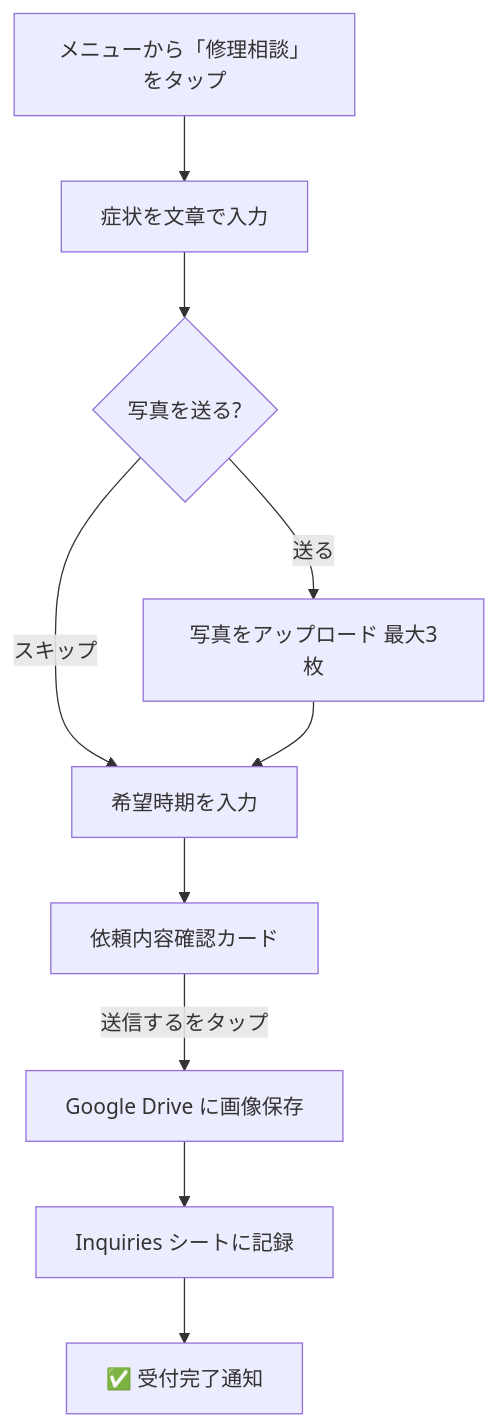
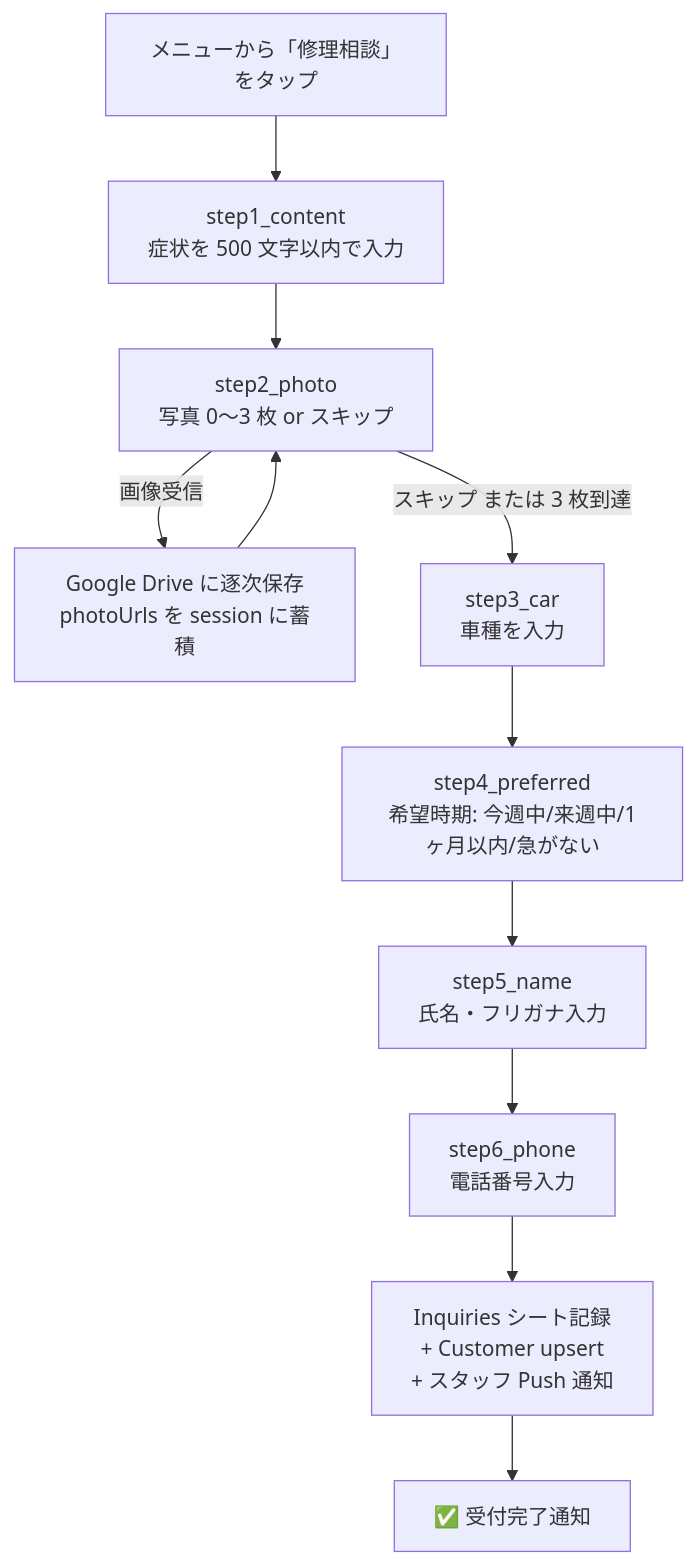
Before and after one commit to tanasato118/gas-line-reservation-bot: the second of 4 diagrams in README.md, drawn with Mermaid. The commit also changed other lines of this file, not shown here.

First line of the commit message:
docs(readme): fix Mermaid flow accuracy and sample conversation prompts to match implementation

````diff
--- a/README.md
+++ b/README.md
@@ -162,12 +159,13 @@
 ```mermaid
 flowchart TD
-    A[メニューから「修理相談」をタップ] --> B[症状を文章で入力]
-    B --> C{写真を送る?}
-    C -->|送る| D[写真をアップロード 最大3枚]
-    C -->|スキップ| E[希望時期を入力]
-    D --> E
-    E --> F[依頼内容確認カード]
-    F -->|送信するをタップ| G[Google Drive に画像保存]
-    G --> H[Inquiries シートに記録]
-    H --> I[✅ 受付完了通知]
+    A[メニューから「修理相談」をタップ] --> B[step1_content<br/>症状を 500 文字以内で入力]
+    B --> C[step2_photo<br/>写真 0〜3 枚 or スキップ]
+    C -->|画像受信| D[Google Drive に逐次保存<br/>photoUrls を session に蓄積]
+    D --> C
+    C -->|スキップ または 3 枚到達| E[step3_car<br/>車種を入力]
+    E --> F[step4_preferred<br/>希望時期: 今週中/来週中/1ヶ月以内/急がない]
+    F --> G[step5_name<br/>氏名・フリガナ入力]
+    G --> H[step6_phone<br/>電話番号入力]
+    H --> I[Inquiries シート記録<br/>+ Customer upsert<br/>+ スタッフ Push 通知]
+    I --> J[✅ 受付完了通知]
 ```
````
